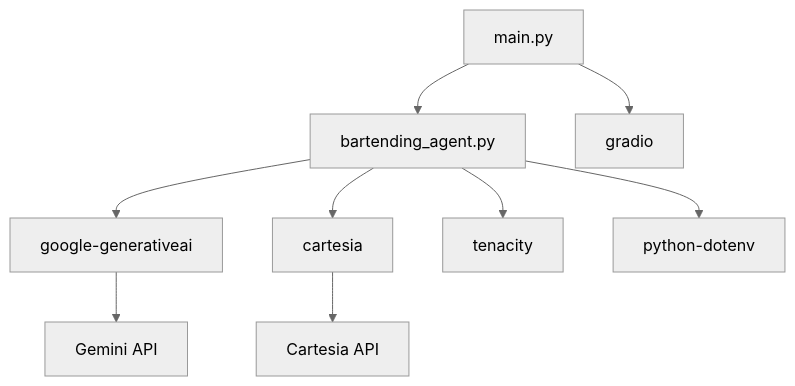
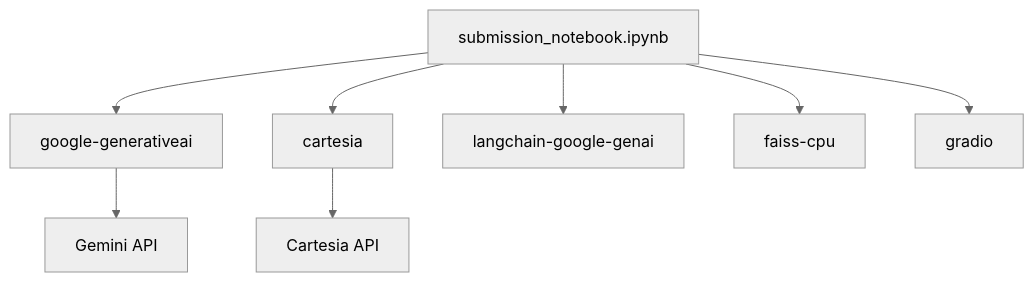
The fourth of 4 diagrams in .qoder/repowiki/en/content/AI Integration/Gemini LLM Integration.md (MOK-5-ha/MayaBartendingAgent), drawn with Mermaid (neutral theme) before and after one commit. The commit also changed other lines of this file and 14 other files, not shown here.

````diff
--- a/.qoder/repowiki/en/content/AI Integration/Gemini LLM Integration.md
+++ b/.qoder/repowiki/en/content/AI Integration/Gemini LLM Integration.md
@@ -218,11 +250,10 @@
 ```mermaid
 graph TD
-A[bartending_agent.py] --> B[google-generativeai]
+A[submission_notebook.ipynb] --> B[google-generativeai]
 A --> C[cartesia]
-A --> D[tenacity]
-A --> E[python-dotenv]
-F[main.py] --> G[gradio]
-F --> A
+A --> D[langchain-google-genai]
+A --> E[faiss-cpu]
+A --> F[gradio]
 B --> H[Gemini API]
 C --> I[Cartesia API]
 ```
````
